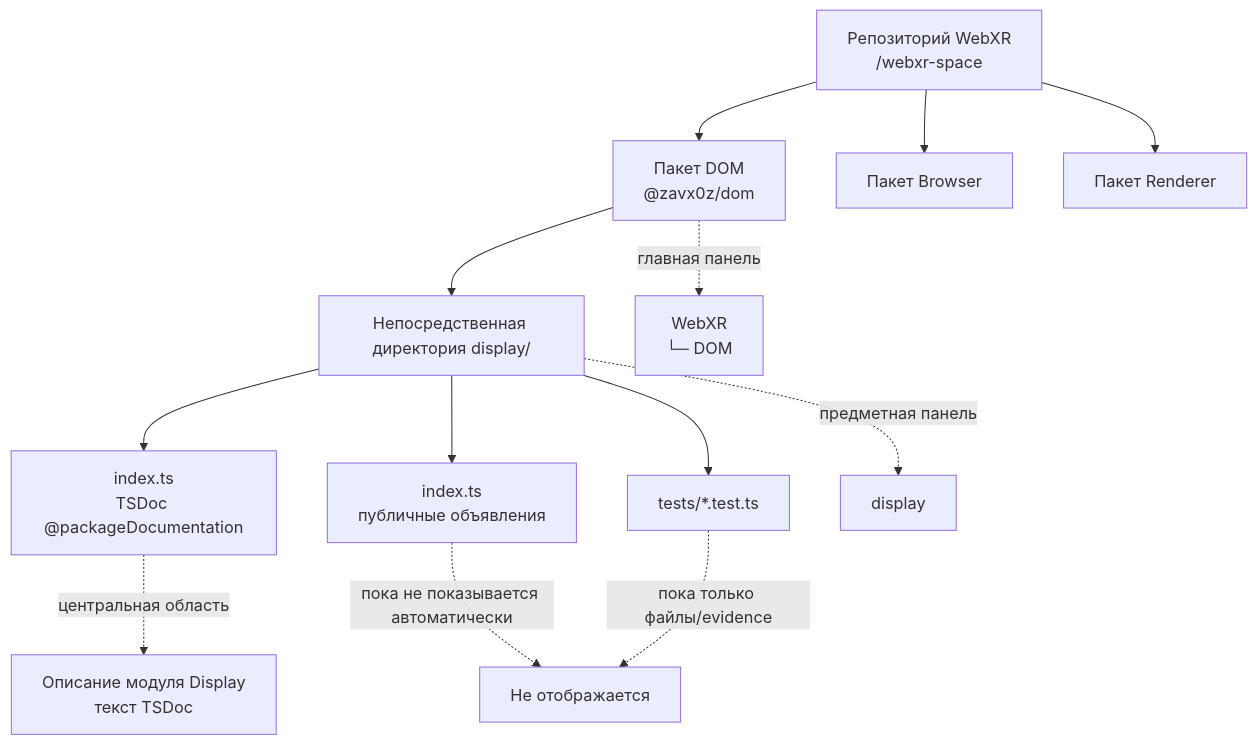
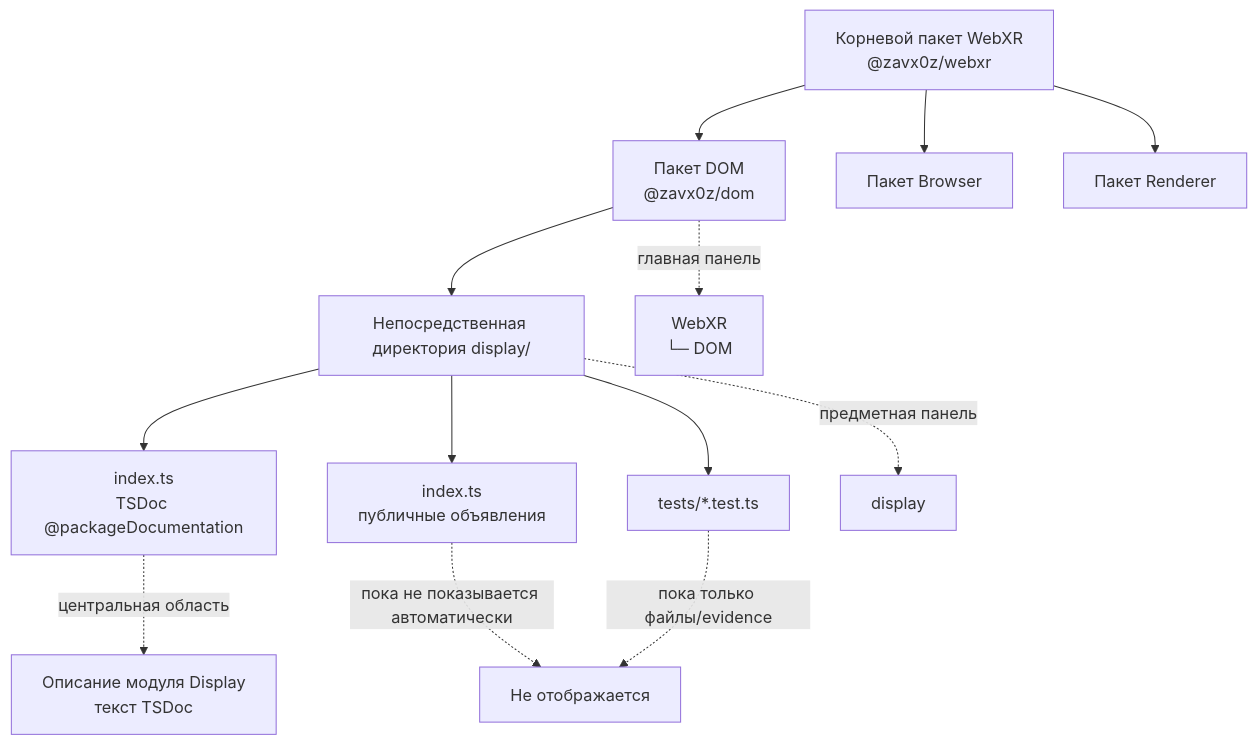
One commit to zavx0z/storybook changed the second of 3 diagrams in archetypes/structure-placement.md. Above: the diagram before and after it, drawn with Mermaid. The commit also changed other lines of this file and 34 other files, not shown here.

````diff
--- a/archetypes/structure-placement.md
+++ b/archetypes/structure-placement.md
@@ -49,20 +49,20 @@
 ```mermaid
 flowchart TB
-  REPOSITORY["Репозиторий WebXR<br/>/webxr-space"]
+  REPOSITORY["Корневой пакет WebXR<br/>@zavx0z/webxr"]
 
   REPOSITORY --> DOM["Пакет DOM<br/>@zavx0z/dom"]
   REPOSITORY --> BROWSER["Пакет Browser"]
   REPOSITORY --> RENDERER["Пакет Renderer"]
 
   DOM --> DISPLAY["Непосредственная директория display/"]
   DISPLAY --> DISPLAY_README["index.ts<br/>TSDoc @packageDocumentation"]
   DISPLAY --> IMPLEMENTATION["index.ts<br/>публичные объявления"]
   DISPLAY --> TESTS["tests/*.test.ts"]
 
   DOM -. "главная панель" .-> MAIN["WebXR<br/>└─ DOM"]
   DISPLAY -. "предметная панель" .-> SECONDARY["display"]
   DISPLAY_README -. "центральная область" .-> CENTER["Описание модуля Display<br/>текст TSDoc"]
 
   IMPLEMENTATION -. "пока не показывается автоматически" .-> HIDDEN["Не отображается"]
   TESTS -. "пока только файлы/evidence" .-> HIDDEN
 ```
````
